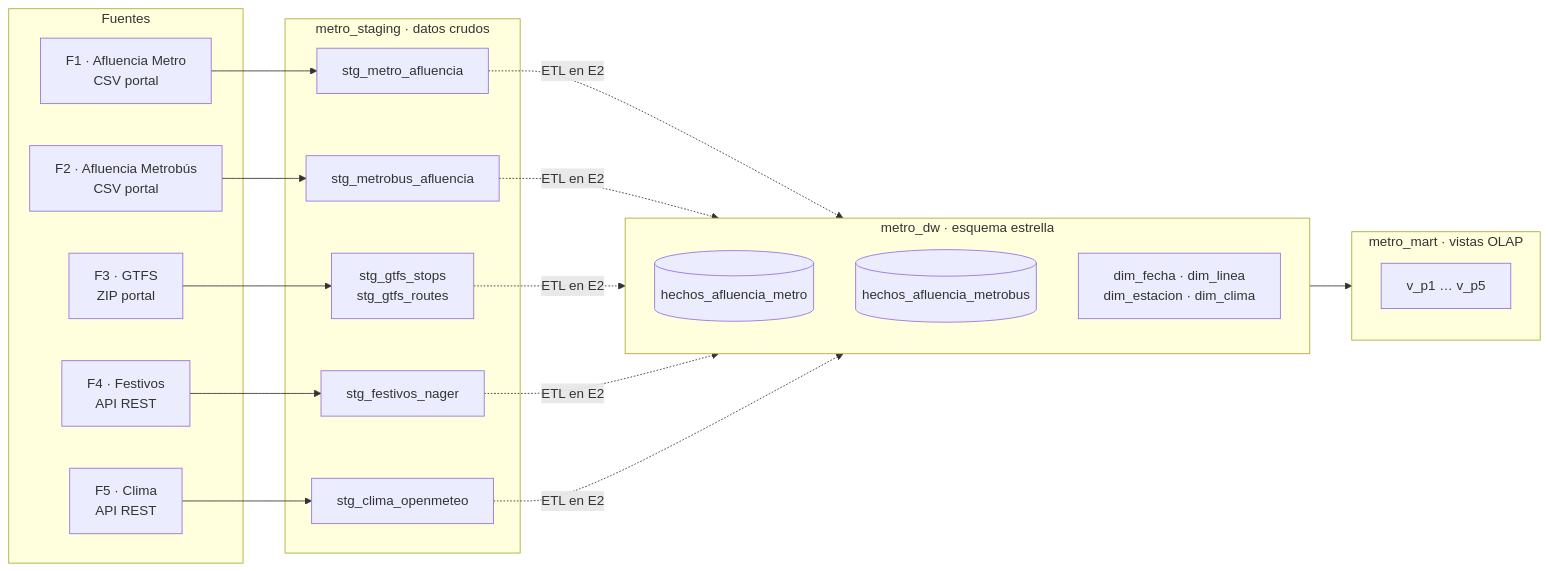
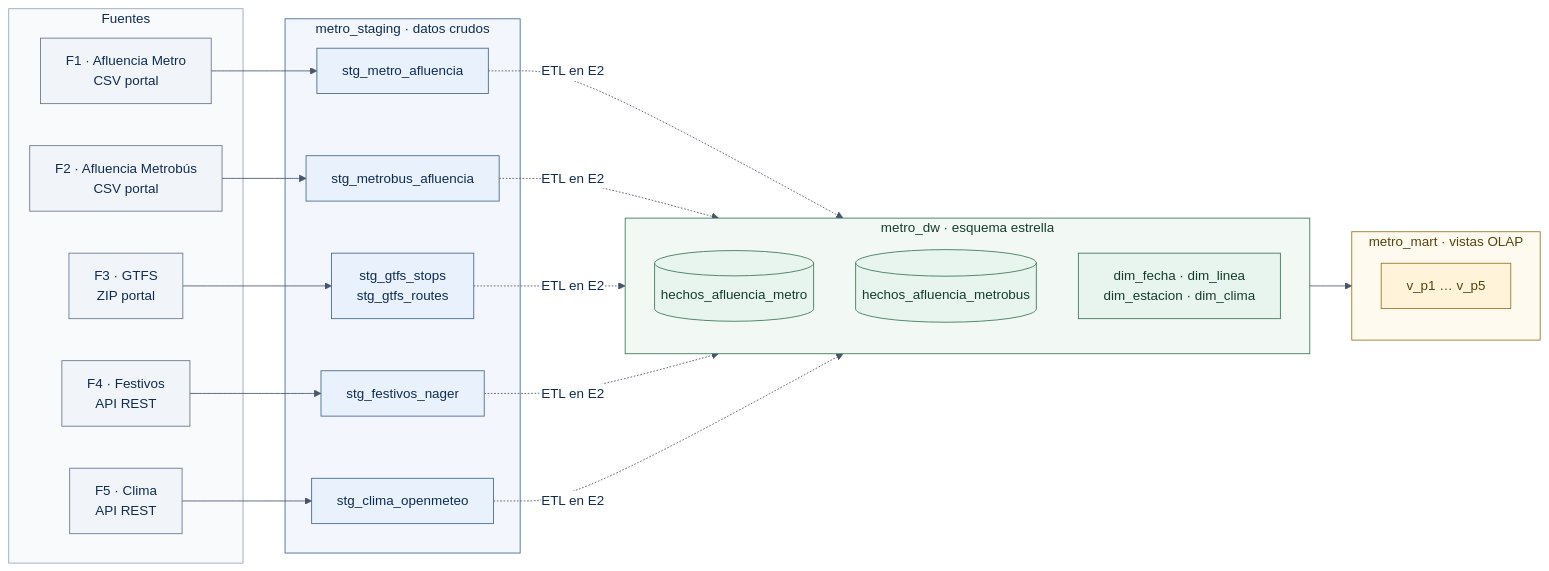
One commit to Fernando-BM/Proyecto_Mineria_Datos changed the diagram in entregas/E1_arquitectura_dw/arquitectura.qmd. Above: the diagram before and after it, drawn with Mermaid. The commit also changed other lines of this file and 65 other files, not shown here.

Commit message:
Mejora el diagrama y revisa la arquitectura de E1

````diff
--- a/entregas/E1_arquitectura_dw/arquitectura.qmd
+++ b/entregas/E1_arquitectura_dw/arquitectura.qmd
@@ -8,32 +8,46 @@
 ```{mermaid}
+%%{init: {"theme": "base", "themeVariables": {"primaryColor": "#eef4fb", "primaryTextColor": "#0f2c52", "primaryBorderColor": "#40658c", "lineColor": "#475569", "textColor": "#0f2c52", "clusterBkg": "#f8fafc", "clusterBorder": "#94a3b8", "edgeLabelBackground": "#ffffff", "fontFamily": "Arial, sans-serif"}}}%%
 flowchart LR
     subgraph F["Fuentes"]
         F1["F1 · Afluencia Metro<br/>CSV portal"]
         F2["F2 · Afluencia Metrobús<br/>CSV portal"]
         F3["F3 · GTFS<br/>ZIP portal"]
         F4["F4 · Festivos<br/>API REST"]
         F5["F5 · Clima<br/>API REST"]
     end
     subgraph S["metro_staging · datos crudos"]
         S1[stg_metro_afluencia]
         S2[stg_metrobus_afluencia]
         S3[stg_gtfs_stops<br/>stg_gtfs_routes]
         S4[stg_festivos_nager]
         S5[stg_clima_openmeteo]
     end
     subgraph D["metro_dw · esquema estrella"]
         H1[(hechos_afluencia_metro)]
         H2[(hechos_afluencia_metrobus)]
         DIM["dim_fecha · dim_linea<br/>dim_estacion · dim_clima"]
     end
     subgraph M["metro_mart · vistas OLAP"]
         V["v_p1 … v_p5"]
     end
     F1 --> S1
     F2 --> S2
     F3 --> S3
     F4 --> S4
     F5 --> S5
     S1 & S2 & S3 & S4 & S5 -. "ETL en E2" .-> D
     D --> M
+
+    classDef fuente fill:#f1f5f9,stroke:#64748b,color:#0f2c52
+    classDef staging fill:#e8f1fc,stroke:#40658c,color:#0f2c52
+    classDef dw fill:#e8f5ee,stroke:#397454,color:#163d2a
+    classDef mart fill:#fff4d9,stroke:#98701d,color:#59420f
+    class F1,F2,F3,F4,F5 fuente
+    class S1,S2,S3,S4,S5 staging
+    class H1,H2,DIM dw
+    class V mart
+    style F fill:#f8fafc,stroke:#94a3b8,color:#0f2c52
+    style S fill:#f3f7fd,stroke:#40658c,color:#0f2c52
+    style D fill:#f2f9f5,stroke:#397454,color:#163d2a
+    style M fill:#fffaf0,stroke:#98701d,color:#59420f
 ```
````
